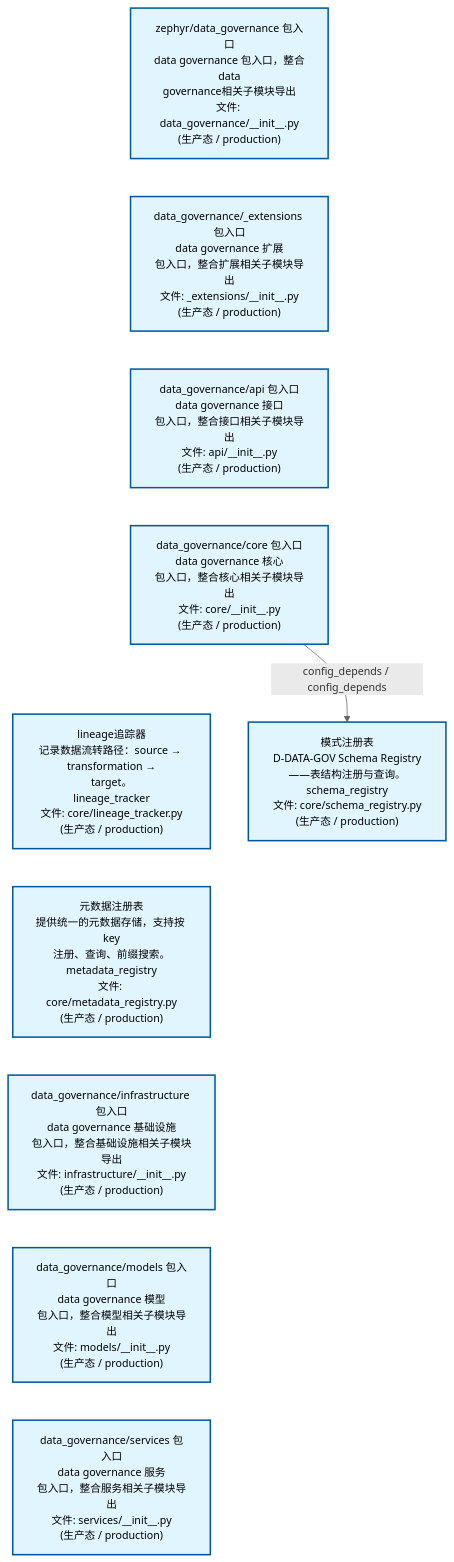
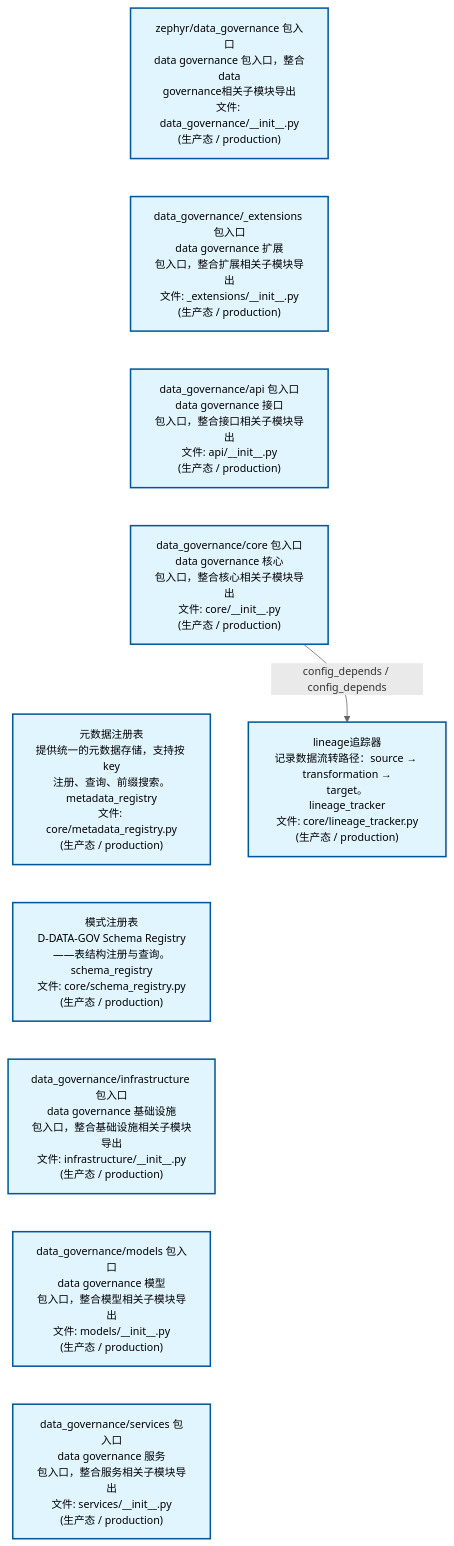
Before and after one commit to xuanFelixVan/ZephyrAlpha: the first of 2 diagrams in docs/02_enterprise_architecture/02_domain_architecture_docs/13_d_data_gov.md, drawn with Mermaid. The commit also changed other lines of this file and 40 other files, not shown here.

````diff
--- a/docs/02_enterprise_architecture/02_domain_architecture_docs/13_d_data_gov.md
+++ b/docs/02_enterprise_architecture/02_domain_architecture_docs/13_d_data_gov.md
@@ -53,28 +53,28 @@
 ```mermaid
 %%{init: {'theme': 'base', 'themeVariables': {'primaryColor': '#eaeaea', 'primaryTextColor': '#333333', 'primaryBorderColor': '#666666', 'lineColor': '#666666', 'secondaryColor': '#eaeaea', 'tertiaryColor': '#eaeaea', 'fontSize': '14px'}}}%%
 flowchart TD
     src_zephyr_data_governance_init_py["zephyr/data_governance 包入口<br/>data governance 包入口，整合data<br/>governance相关子模块导出<br/>文件: data_governance/__init__.py<br/>(生产态 / production)"]
     src_zephyr_data_governance_extensions_init_py["data_governance/_extensions 包入口<br/>data governance 扩展<br/>包入口，整合扩展相关子模块导出<br/>文件: _extensions/__init__.py<br/>(生产态 / production)"]
     src_zephyr_data_governance_api_init_py["data_governance/api 包入口<br/>data governance 接口<br/>包入口，整合接口相关子模块导出<br/>文件: api/__init__.py<br/>(生产态 / production)"]
     src_zephyr_data_governance_core_init_py["data_governance/core 包入口<br/>data governance 核心<br/>包入口，整合核心相关子模块导出<br/>文件: core/__init__.py<br/>(生产态 / production)"]
-    src_zephyr_data_governance_core_lineage_tracker_py["lineage追踪器<br/>记录数据流转路径：source → transformation →<br/>target。<br/>lineage_tracker<br/>文件: core/lineage_tracker.py<br/>(生产态 / production)"]
     src_zephyr_data_governance_core_metadata_registry_py["元数据注册表<br/>提供统一的元数据存储，支持按 key<br/>注册、查询、前缀搜索。<br/>metadata_registry<br/>文件: core/metadata_registry.py<br/>(生产态 / production)"]
+    src_zephyr_data_governance_core_schema_registry_py["模式注册表<br/>D-DATA-GOV Schema Registry——表结构注册与查询。<br/>schema_registry<br/>文件: core/schema_registry.py<br/>(生产态 / production)"]
     src_zephyr_data_governance_infrastructure_init_py["data_governance/infrastructure 包入口<br/>data governance 基础设施<br/>包入口，整合基础设施相关子模块导出<br/>文件: infrastructure/__init__.py<br/>(生产态 / production)"]
     src_zephyr_data_governance_models_init_py["data_governance/models 包入口<br/>data governance 模型<br/>包入口，整合模型相关子模块导出<br/>文件: models/__init__.py<br/>(生产态 / production)"]
     src_zephyr_data_governance_services_init_py["data_governance/services 包入口<br/>data governance 服务<br/>包入口，整合服务相关子模块导出<br/>文件: services/__init__.py<br/>(生产态 / production)"]
     src_zephyr_data_governance_init_py ~~~ src_zephyr_data_governance_extensions_init_py
     src_zephyr_data_governance_extensions_init_py ~~~ src_zephyr_data_governance_api_init_py
     src_zephyr_data_governance_api_init_py ~~~ src_zephyr_data_governance_core_init_py
-    src_zephyr_data_governance_core_init_py ~~~ src_zephyr_data_governance_core_lineage_tracker_py
-    src_zephyr_data_governance_core_lineage_tracker_py ~~~ src_zephyr_data_governance_core_metadata_registry_py
-    src_zephyr_data_governance_core_metadata_registry_py ~~~ src_zephyr_data_governance_infrastructure_init_py
+    src_zephyr_data_governance_core_init_py ~~~ src_zephyr_data_governance_core_metadata_registry_py
+    src_zephyr_data_governance_core_metadata_registry_py ~~~ src_zephyr_data_governance_core_schema_registry_py
+    src_zephyr_data_governance_core_schema_registry_py ~~~ src_zephyr_data_governance_infrastructure_init_py
     src_zephyr_data_governance_infrastructure_init_py ~~~ src_zephyr_data_governance_models_init_py
     src_zephyr_data_governance_models_init_py ~~~ src_zephyr_data_governance_services_init_py
-    src_zephyr_data_governance_core_schema_registry_py["模式注册表<br/>D-DATA-GOV Schema Registry——表结构注册与查询。<br/>schema_registry<br/>文件: core/schema_registry.py<br/>(生产态 / production)"]
-    src_zephyr_data_governance_core_init_py -->|config_depends / config_depends| src_zephyr_data_governance_core_schema_registry_py
+    src_zephyr_data_governance_core_lineage_tracker_py["lineage追踪器<br/>记录数据流转路径：source → transformation →<br/>target。<br/>lineage_tracker<br/>文件: core/lineage_tracker.py<br/>(生产态 / production)"]
+    src_zephyr_data_governance_core_init_py -->|config_depends / config_depends| src_zephyr_data_governance_core_lineage_tracker_py
     classDef production fill:#e1f5fe,stroke:#01579b,stroke-width:2px,color:#000
     classDef design fill:#fff3e0,stroke:#e65100,stroke-width:2px,color:#000,stroke-dasharray: 5 5
     classDef external_prod fill:#e8f4fd,stroke:#0277bd,stroke-width:1px,color:#000
     classDef external_design fill:#fff8e7,stroke:#ef6c00,stroke-width:1px,color:#000,stroke-dasharray: 5 5
     class src_zephyr_data_governance_init_py,src_zephyr_data_governance_extensions_init_py,src_zephyr_data_governance_api_init_py,src_zephyr_data_governance_core_init_py,src_zephyr_data_governance_core_lineage_tracker_py,src_zephyr_data_governance_core_metadata_registry_py,src_zephyr_data_governance_core_schema_registry_py,src_zephyr_data_governance_infrastructure_init_py,src_zephyr_data_governance_models_init_py,src_zephyr_data_governance_services_init_py production
 ```
````
